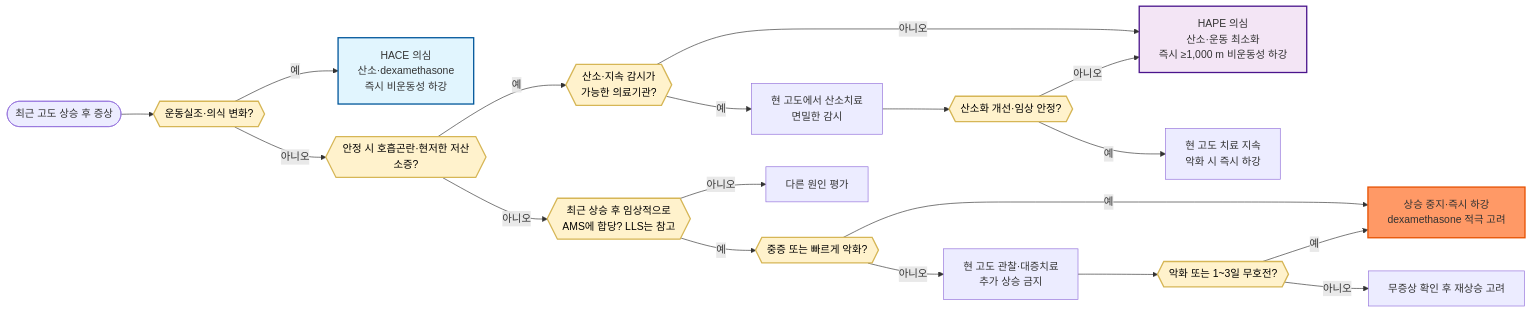
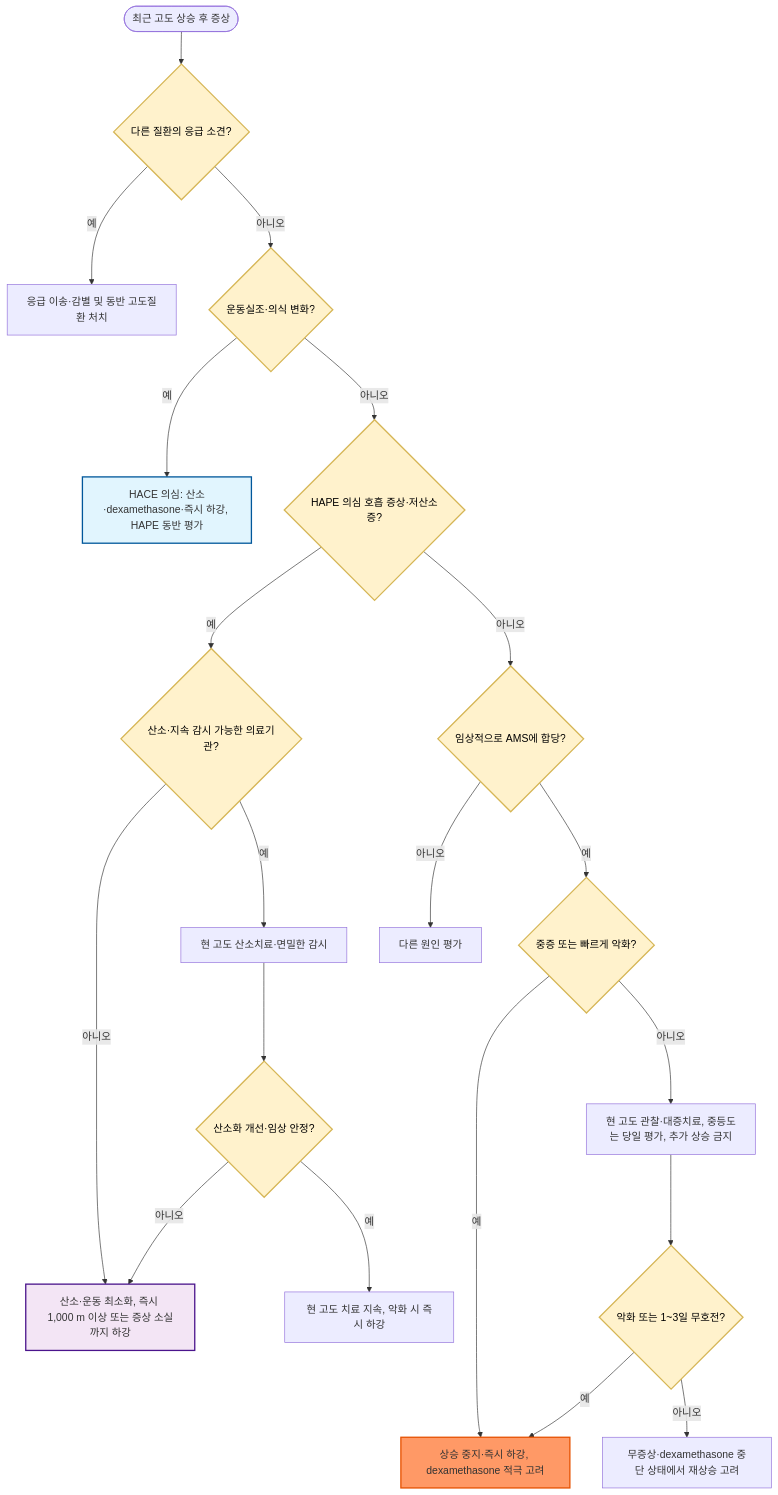
One commit to familyoh77/familyoh77 changed the diagram in 230_/209_-high-altitude-sickness.md. Above: the diagram before and after it, drawn with Mermaid. The commit also changed other lines of this file and 11 other files, not shown here.

````diff
--- a/230_/209_-high-altitude-sickness.md
+++ b/230_/209_-high-altitude-sickness.md
@@ -122,25 +124,27 @@
 ```mermaid
-flowchart LR
-    A([최근 고도 상승 후 증상]) --> B{{운동실조·의식 변화?}}
-    B -->|예| C[HACE 의심<br/>산소·dexamethasone<br/>즉시 비운동성 하강]
-    B -->|아니오| D{{안정 시 호흡곤란·현저한 저산소증?}}
-    D -->|예| M{{산소·지속 감시가<br/>가능한 의료기관?}}
-    M -->|아니오| E[HAPE 의심<br/>산소·운동 최소화<br/>즉시 ≥1,000 m 비운동성 하강]
-    M -->|예| N[현 고도에서 산소치료<br/>면밀한 감시]
-    N --> O{{산소화 개선·임상 안정?}}
+flowchart TD
+    A(["최근 고도 상승 후 증상"]) --> R{"다른 질환의 응급 소견?"}
+    R -->|예| S["응급 이송·감별 및 동반 고도질환 처치"]
+    R -->|아니오| B{"운동실조·의식 변화?"}
+    B -->|예| C["HACE 의심: 산소·dexamethasone·즉시 하강, HAPE 동반 평가"]
+    B -->|아니오| D{"HAPE 의심 호흡 증상·저산소증?"}
+    D -->|예| M{"산소·지속 감시 가능한 의료기관?"}
+    M -->|아니오| E["산소·운동 최소화, 즉시 1,000 m 이상 또는 증상 소실까지 하강"]
+    M -->|예| N["현 고도 산소치료·면밀한 감시"]
+    N --> O{"산소화 개선·임상 안정?"}
     O -->|아니오| E
-    O -->|예| P[현 고도 치료 지속<br/>악화 시 즉시 하강]
-    D -->|아니오| F{{최근 상승 후 임상적으로<br/>AMS에 합당? LLS는 참고}}
-    F -->|아니오| G[다른 원인 평가]
-    F -->|예| H{{중증 또는 빠르게 악화?}}
-    H -->|예| I[상승 중지·즉시 하강<br/>dexamethasone 적극 고려]
-    H -->|아니오| J[현 고도 관찰·대증치료<br/>추가 상승 금지]
-    J --> K{{악화 또는 1~3일 무호전?}}
+    O -->|예| P["현 고도 치료 지속, 악화 시 즉시 하강"]
+    D -->|아니오| F{"임상적으로 AMS에 합당?"}
+    F -->|아니오| G["다른 원인 평가"]
+    F -->|예| H{"중증 또는 빠르게 악화?"}
+    H -->|예| I["상승 중지·즉시 하강, dexamethasone 적극 고려"]
+    H -->|아니오| J["현 고도 관찰·대증치료, 중등도는 당일 평가, 추가 상승 금지"]
+    J --> K{"악화 또는 1~3일 무호전?"}
     K -->|예| I
-    K -->|아니오| L[무증상 확인 후 재상승 고려]
+    K -->|아니오| L["무증상·dexamethasone 중단 상태에서 재상승 고려"]
     classDef decision fill:#fff2cc,stroke:#d6b656,stroke-width:2px,color:#000
-    class B,D,F,H,K,M,O decision
+    class R,B,D,F,H,K,M,O decision
     style C fill:#e1f5fe,stroke:#01579b,stroke-width:2px
     style E fill:#f3e5f5,stroke:#4a148c,stroke-width:2px
     style I fill:#f96,stroke:#e65100,stroke-width:2px
 ```
````
